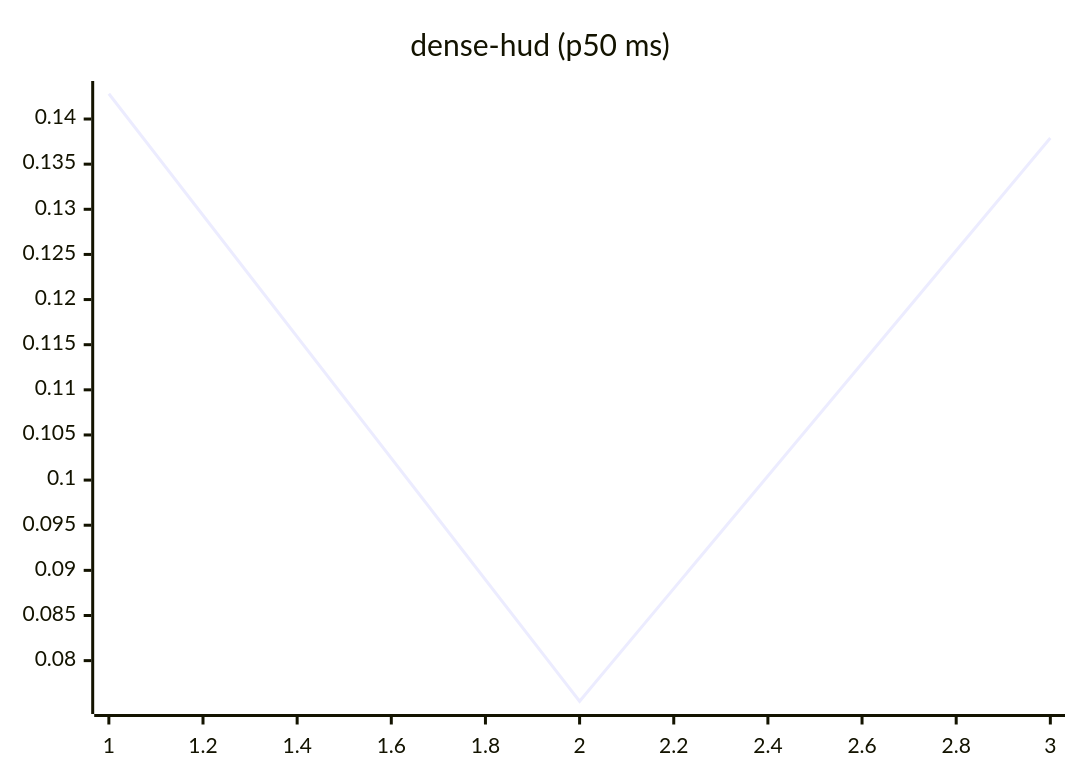
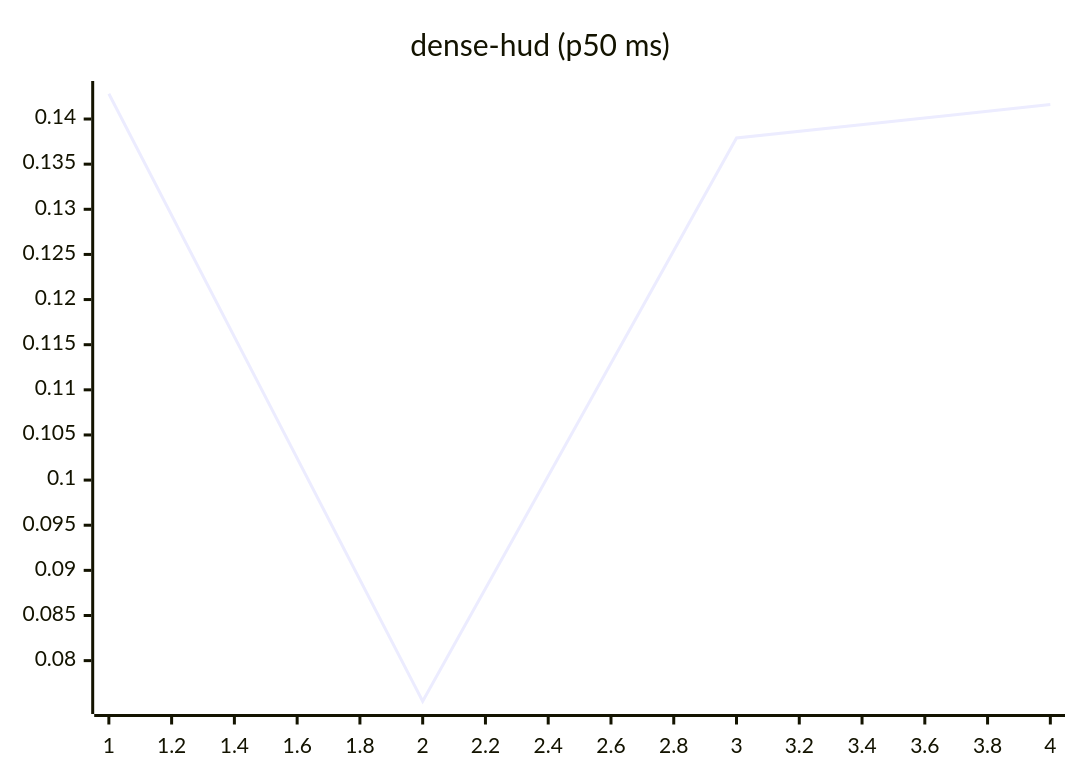
The eighth of 27 diagrams in README.md (josha/Facet), drawn with Mermaid before and after one commit. The commit also changed other lines of this file and 2 other files, not shown here.

````diff
--- a/README.md
+++ b/README.md
@@ -112,6 +112,6 @@
 ```mermaid
 xychart-beta
     title "dense-hud (p50 ms)"
-    x-axis 1 --> 3
-    line [0.1428, 0.0755, 0.1379]
+    x-axis 1 --> 4
+    line [0.1428, 0.0755, 0.1379, 0.1416]
 ```
````
